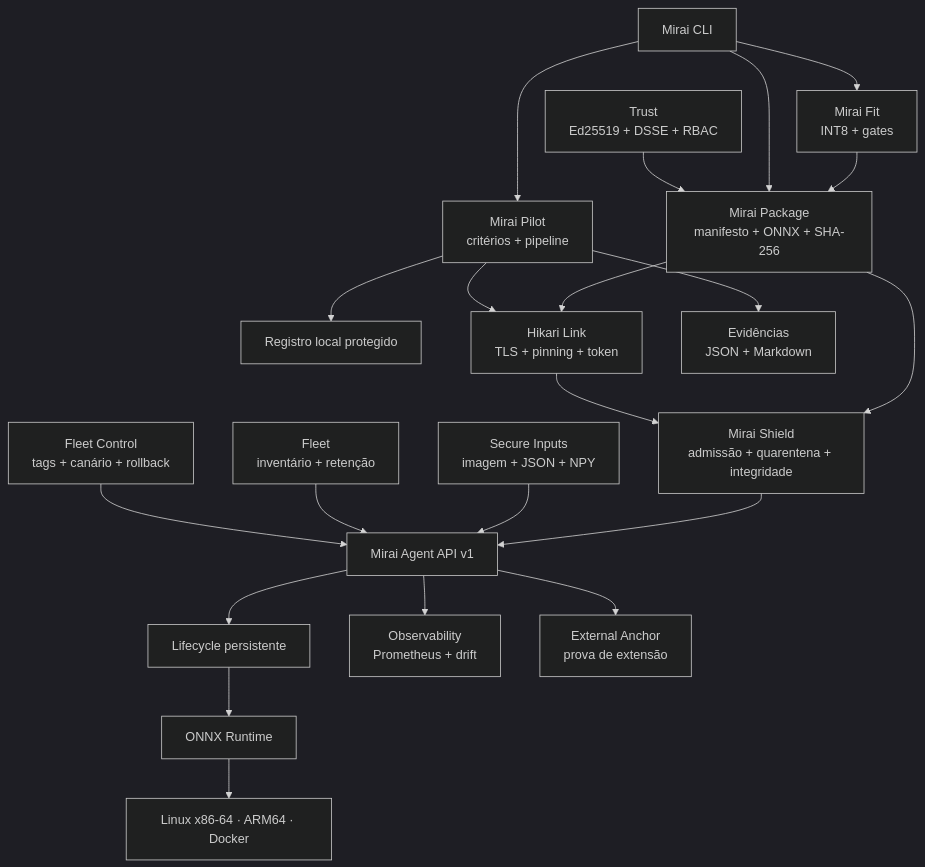
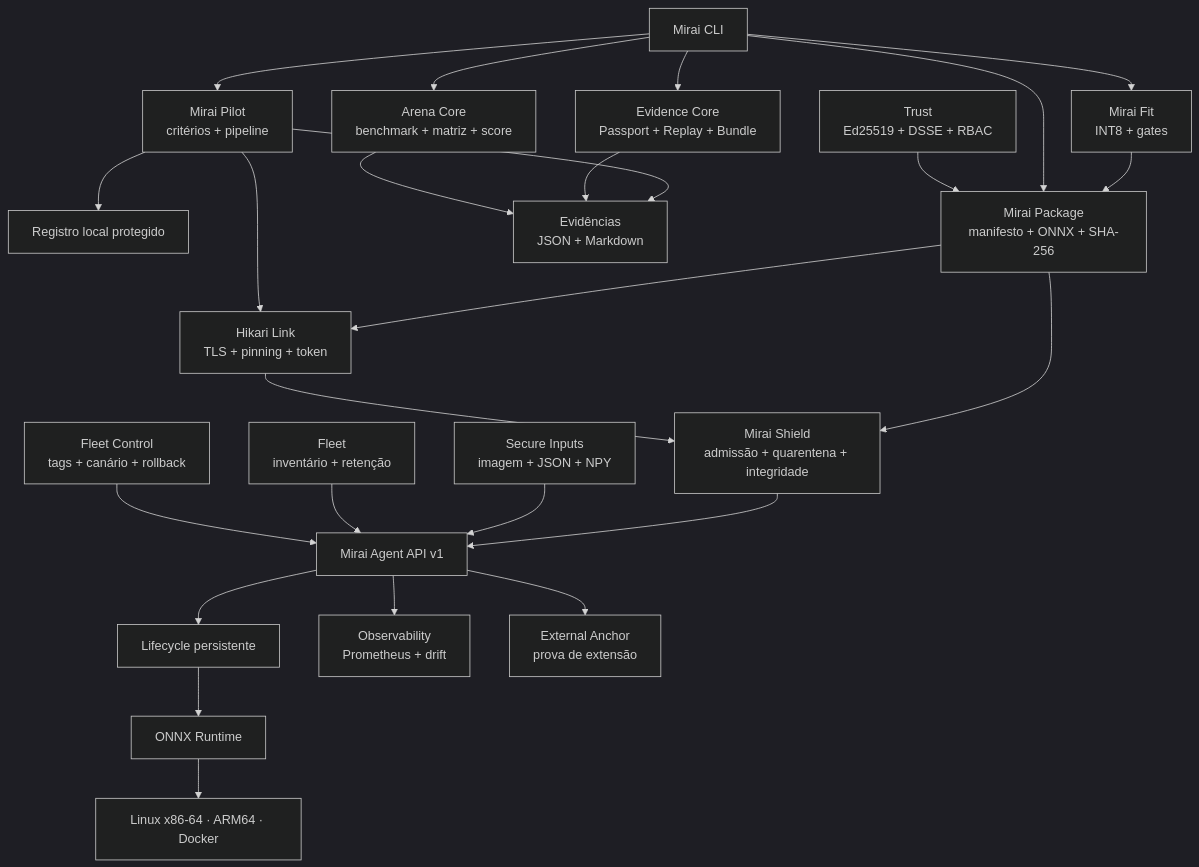
One commit to start6202783-dotcom/MiraiOS changed the diagram in README.md. Above: the diagram before and after it, drawn with Mermaid (dark theme). The commit also changed other lines of this file and 30 other files, not shown here.

````diff
--- a/README.md
+++ b/README.md
@@ -155,42 +184,48 @@
 ```mermaid
 flowchart TD
     CLI["Mirai CLI"]
     PILOT["Mirai Pilot<br/>critérios + pipeline"]
     REG["Registro local protegido"]
     LINK["Hikari Link<br/>TLS + pinning + token"]
     TRUST["Trust<br/>Ed25519 + DSSE + RBAC"]
     SHIELD["Mirai Shield<br/>admissão + quarentena + integridade"]
     API["Mirai Agent API v1"]
     PKG["Mirai Package<br/>manifesto + ONNX + SHA-256"]
     LIFE["Lifecycle persistente"]
     ORT["ONNX Runtime"]
     REPORT["Evidências<br/>JSON + Markdown"]
     INPUT["Secure Inputs<br/>imagem + JSON + NPY"]
     FLEET["Fleet<br/>inventário + retenção"]
     ROLLOUT["Fleet Control<br/>tags + canário + rollback"]
     OBS["Observability<br/>Prometheus + drift"]
     ANCHOR["External Anchor<br/>prova de extensão"]
     FIT["Mirai Fit<br/>INT8 + gates"]
+    EVIDENCE["Evidence Core<br/>Passport + Replay + Bundle"]
+    ARENA["Arena Core<br/>benchmark + matriz + score"]
     EDGE["Linux x86-64 · ARM64 · Docker"]
 
     CLI --> PILOT
     CLI --> FIT
+    CLI --> EVIDENCE
+    CLI --> ARENA
     FIT --> PKG
     PILOT --> REG
     CLI --> PKG
     PKG --> LINK
     TRUST --> PKG
     PKG --> SHIELD
     SHIELD --> API
     PILOT --> LINK
     LINK --> SHIELD
     INPUT --> API
     API --> LIFE
     FLEET --> API
     ROLLOUT --> API
     API --> OBS
     API --> ANCHOR
     LIFE --> ORT
     ORT --> EDGE
     PILOT --> REPORT
+    EVIDENCE --> REPORT
+    ARENA --> REPORT
 ```
````
